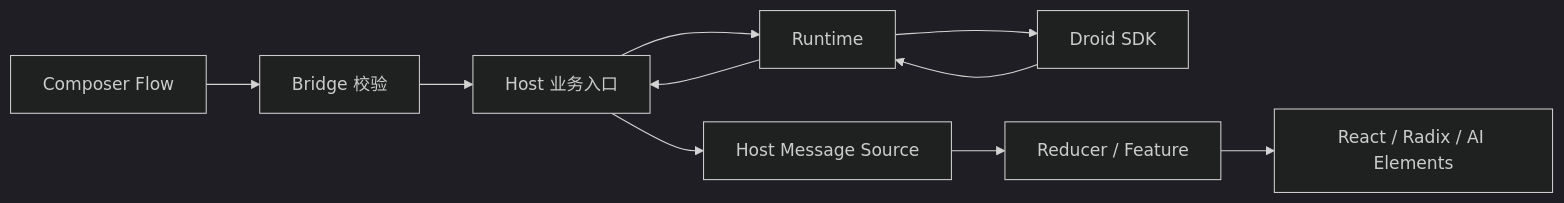
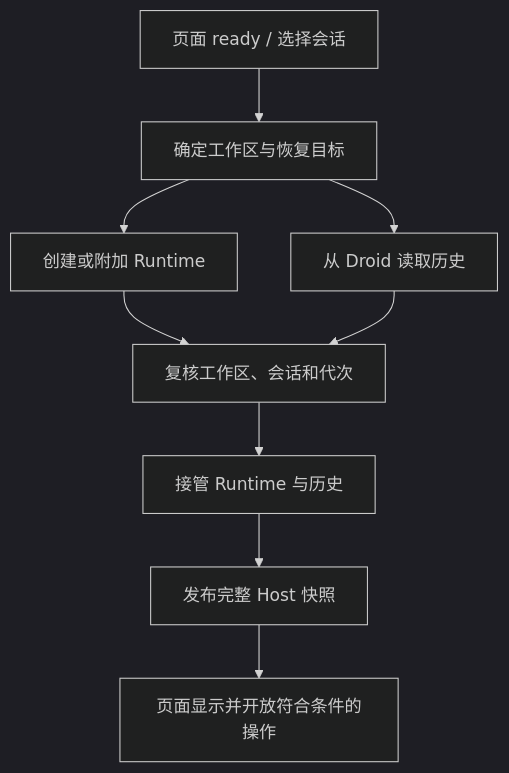
The third of 3 diagrams in docs/ARCHITECTURE.md (fireman-droid/droid-for-vscode), drawn with Mermaid (dark theme) before and after one commit. The commit also changed other lines of this file and 701 other files, not shown here.

````diff
--- a/docs/ARCHITECTURE.md
+++ b/docs/ARCHITECTURE.md
@@ -563,12 +109,11 @@
 ```mermaid
-flowchart LR
-  Input[Composer Flow] --> Bridge[Bridge 校验]
-  Bridge --> Host[Host 业务入口]
-  Host --> Runtime[Runtime]
-  Runtime --> SDK[Droid SDK]
-  SDK --> Runtime
-  Runtime --> Host
-  Host --> Source[Host Message Source]
-  Source --> State[Reducer / Feature]
-  State --> UI[React / Radix / AI Elements]
+flowchart TD
+    Ready[页面 ready / 选择会话] --> Target[确定工作区与恢复目标]
+    Target --> Attach[创建或附加 Runtime]
+    Target --> History[从 Droid 读取历史]
+    Attach --> Check[复核工作区、会话和代次]
+    History --> Check
+    Check --> Adopt[接管 Runtime 与历史]
+    Adopt --> Snapshot[发布完整 Host 快照]
+    Snapshot --> UI[页面显示并开放符合条件的操作]
 ```
````
